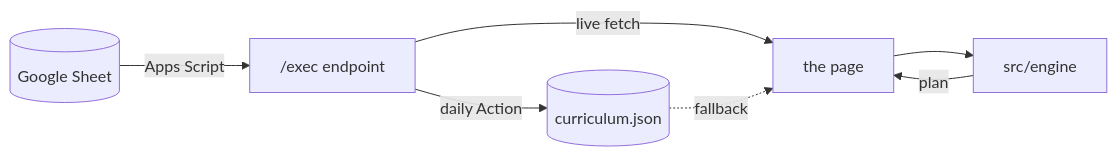
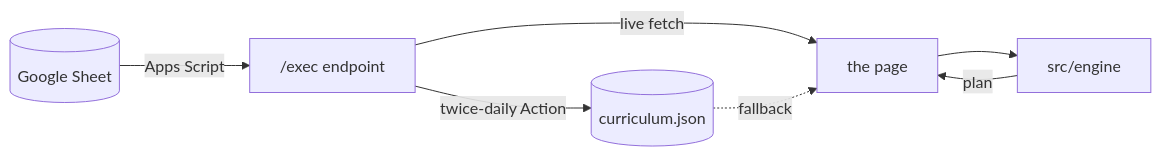
Before and after one commit to RuvaS20/crosswalk: the first of 2 diagrams in README.md, drawn with Mermaid. The commit also changed other lines of this file and 4 other files, not shown here.

````diff
--- a/README.md
+++ b/README.md
@@ -34,9 +34,9 @@
 ```mermaid
 flowchart LR
   S[("Google Sheet")] -->|"Apps Script"| A["/exec endpoint"]
   A -->|"live fetch"| U["the page"]
-  A -->|"daily Action"| J[("curriculum.json")]
+  A -->|"twice-daily Action"| J[("curriculum.json")]
   J -.->|"fallback"| U
   U --> E["src/engine"]
   E -->|"plan"| U
 ```
````
